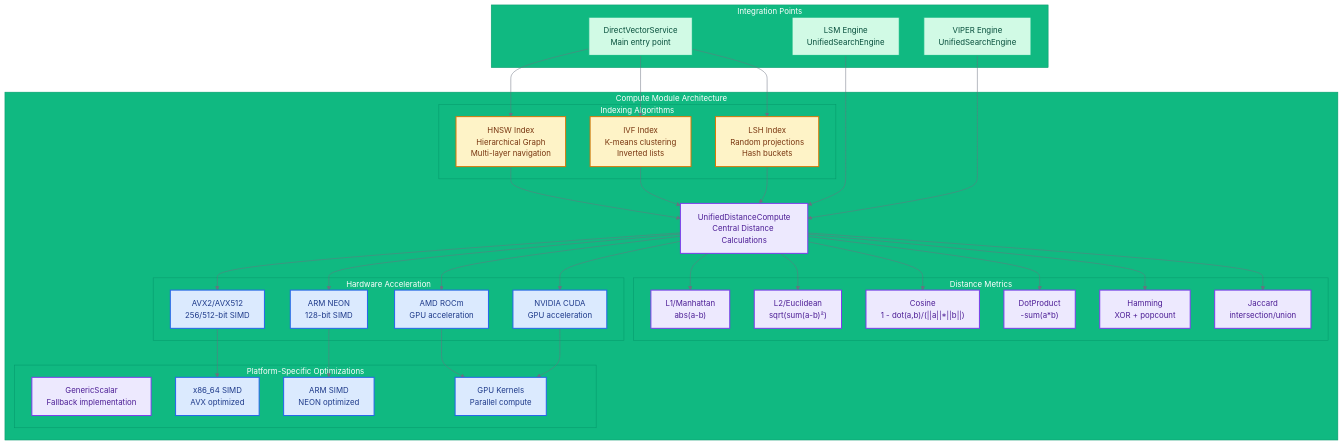
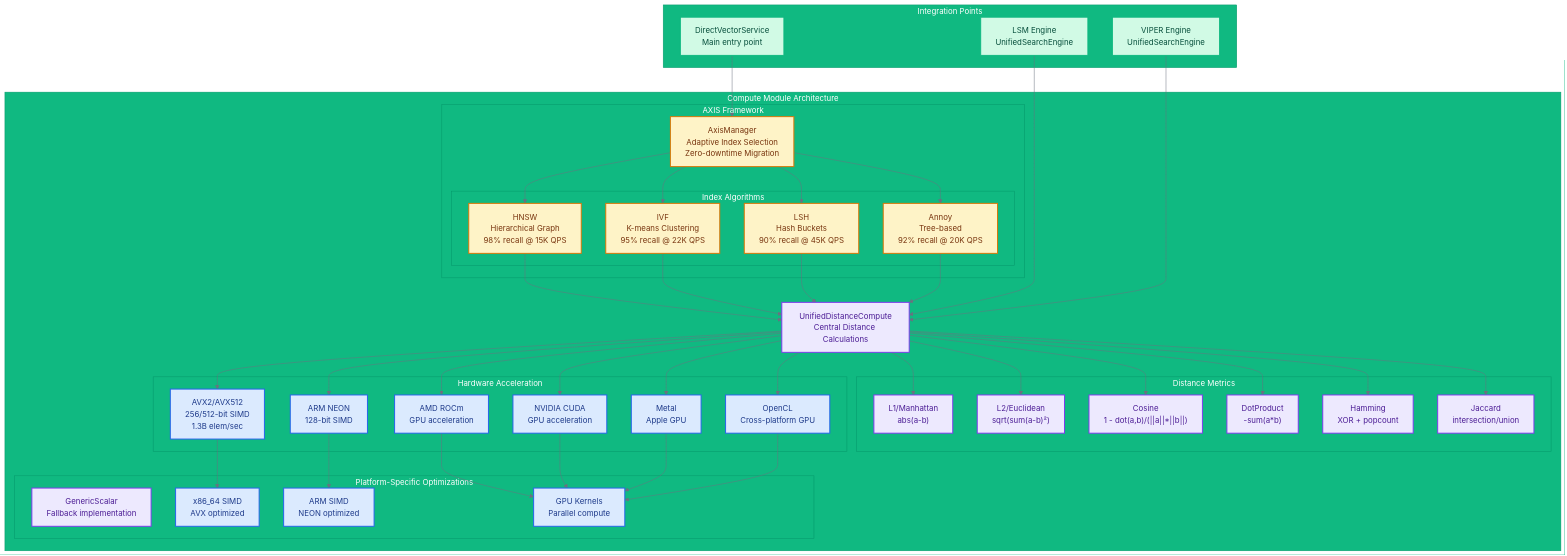
Before and after one commit to vjsingh1984/proximaDB: the diagram in docs/diagrams/compute-indexing-architecture.mmd, drawn with Mermaid. The commit also changed 141 other files, not shown here.

```diff
--- a/docs/diagrams/compute-indexing-architecture.mmd
+++ b/docs/diagrams/compute-indexing-architecture.mmd
@@ -1,85 +1,101 @@
 %%{init: {'theme':'base', 'themeVariables': { 'primaryColor':'#1f2937', 'primaryTextColor':'#fff', 'primaryBorderColor':'#374151', 'lineColor':'#6b7280', 'secondaryColor':'#3b82f6', 'tertiaryColor':'#10b981', 'tertiaryTextColor':'#fff', 'tertiaryBorderColor':'#059669', 'background':'#ffffff', 'mainBkg':'#f3f4f6', 'secondBkg':'#e5e7eb', 'tertiaryBkg':'#d1d5db'}}}%%
 
 graph TB
     subgraph "Compute Module Architecture"
         UC[UnifiedDistanceCompute<br/>Central Distance Calculations]
         
         subgraph "Distance Metrics"
             L1["L1/Manhattan<br/>abs(a-b)"]
             L2["L2/Euclidean<br/>sqrt(sum(a-b)²)"]
             COS["Cosine<br/>1 - dot(a,b)/(||a||*||b||)"]
             DOT["DotProduct<br/>-sum(a*b)"]
             HAM["Hamming<br/>XOR + popcount"]
             JAC["Jaccard<br/>intersection/union"]
         end
         
-        subgraph "Indexing Algorithms"
-            HNSW[HNSW Index<br/>Hierarchical Graph<br/>Multi-layer navigation]
-            IVF[IVF Index<br/>K-means clustering<br/>Inverted lists]
-            LSH[LSH Index<br/>Random projections<br/>Hash buckets]
+        subgraph "AXIS Framework"
+            AXIS[AxisManager<br/>Adaptive Index Selection<br/>Zero-downtime Migration]
+            
+            subgraph "Index Algorithms"
+                HNSW[HNSW<br/>Hierarchical Graph<br/>98% recall @ 15K QPS]
+                IVF[IVF<br/>K-means Clustering<br/>95% recall @ 22K QPS]
+                LSH[LSH<br/>Hash Buckets<br/>90% recall @ 45K QPS]
+                ANNOY[Annoy<br/>Tree-based<br/>92% recall @ 20K QPS]
+            end
         end
         
         subgraph "Hardware Acceleration"
-            AVX[AVX2/AVX512<br/>256/512-bit SIMD]
+            AVX[AVX2/AVX512<br/>256/512-bit SIMD<br/>1.3B elem/sec]
             NEON[ARM NEON<br/>128-bit SIMD]
             ROCM[AMD ROCm<br/>GPU acceleration]
             CUDA[NVIDIA CUDA<br/>GPU acceleration]
+            METAL[Metal<br/>Apple GPU]
+            OPENCL[OpenCL<br/>Cross-platform GPU]
         end
         
         subgraph "Platform-Specific Optimizations"
             GENERIC[GenericScalar<br/>Fallback implementation]
             X86[x86_64 SIMD<br/>AVX optimized]
             ARM[ARM SIMD<br/>NEON optimized]
             GPU_OPT[GPU Kernels<br/>Parallel compute]
         end
     end
     
     subgraph "Integration Points"
         DVS[DirectVectorService<br/>Main entry point]
         LSM_ENGINE[LSM Engine<br/>UnifiedSearchEngine]
         VIPER_ENGINE[VIPER Engine<br/>UnifiedSearchEngine]
     end
     
     %% Distance metric connections
     UC --> L1
     UC --> L2
     UC --> COS
     UC --> DOT
     UC --> HAM
     UC --> JAC
     
     %% Hardware acceleration connections
     UC --> AVX
     UC --> NEON
     UC --> ROCM
     UC --> CUDA
+    UC --> METAL
+    UC --> OPENCL
     
     %% Platform optimization connections
     AVX --> X86
     NEON --> ARM
     ROCM --> GPU_OPT
     CUDA --> GPU_OPT
+    METAL --> GPU_OPT
+    OPENCL --> GPU_OPT
+    
+    %% AXIS connections
+    AXIS --> HNSW
+    AXIS --> IVF
+    AXIS --> LSH
+    AXIS --> ANNOY
     
     %% Indexing algorithm connections
     HNSW --> UC
     IVF --> UC
     LSH --> UC
+    ANNOY --> UC
     
     %% Integration connections
-    DVS --> HNSW
-    DVS --> IVF
-    DVS --> LSH
+    DVS --> AXIS
     
     LSM_ENGINE --> UC
     VIPER_ENGINE --> UC
     
     %% Styling
     classDef compute fill:#ede9fe,stroke:#7c3aed,color:#4c1d95,stroke-width:2px
     classDef index fill:#fef3c7,stroke:#d97706,color:#78350f,stroke-width:2px
     classDef hardware fill:#dbeafe,stroke:#2563eb,color:#1e3a8a,stroke-width:2px
     classDef integration fill:#d1fae5,stroke:#10b981,color:#064e3b,stroke-width:2px
     
     class UC,L1,L2,COS,DOT,HAM,JAC,GENERIC compute
-    class HNSW,IVF,LSH index
-    class AVX,NEON,ROCM,CUDA,X86,ARM,GPU_OPT hardware
+    class AXIS,HNSW,IVF,LSH,ANNOY index
+    class AVX,NEON,ROCM,CUDA,METAL,OPENCL,X86,ARM,GPU_OPT hardware
     class DVS,LSM_ENGINE,VIPER_ENGINE integration
```
